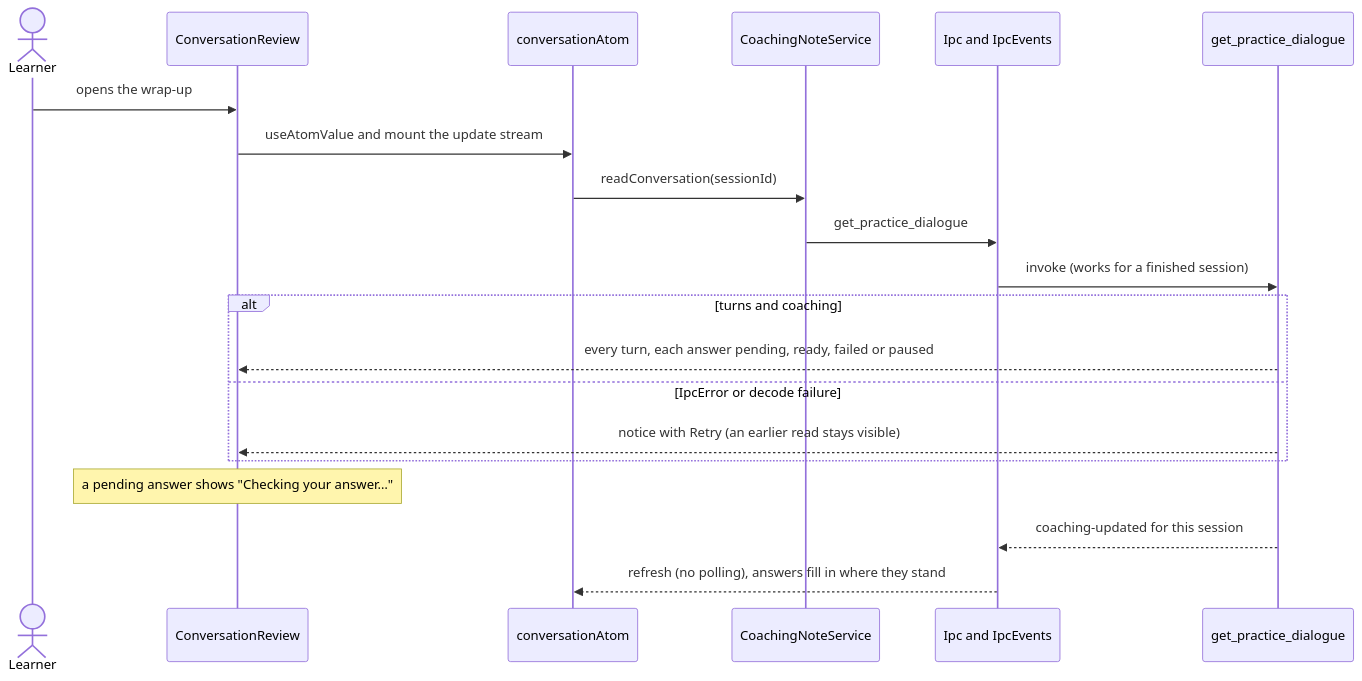
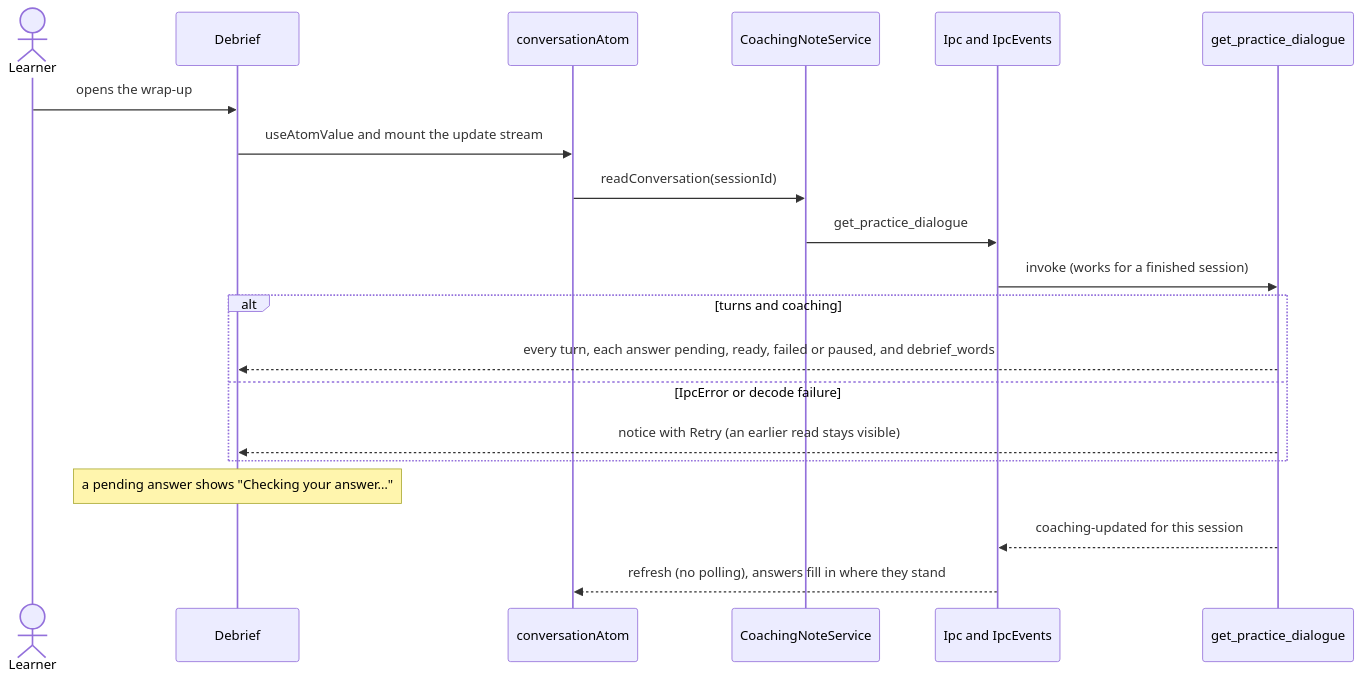
The second of 4 diagrams in src/features/coaching-note/flow.md (oleksii-latyshev/english-trainer), drawn with Mermaid before and after one commit. The commit also changed other lines of this file and 93 other files, not shown here.

First line of the commit message:
feat(coaching): step-by-step Debrief with better versions and words to take (#198)

````diff
--- a/src/features/coaching-note/flow.md
+++ b/src/features/coaching-note/flow.md
@@ -12,23 +47,23 @@
 ```mermaid
 sequenceDiagram
     actor Learner
-    participant View as ConversationReview
+    participant View as Debrief
     participant Atoms as conversationAtom
     participant Service as CoachingNoteService
     participant Ipc as Ipc and IpcEvents
     participant Rust as get_practice_dialogue
 
     Learner->>View: opens the wrap-up
     View->>Atoms: useAtomValue and mount the update stream
     Atoms->>Service: readConversation(sessionId)
     Service->>Ipc: get_practice_dialogue
     Ipc->>Rust: invoke (works for a finished session)
     alt turns and coaching
-        Rust-->>View: every turn, each answer pending, ready, failed or paused
+        Rust-->>View: every turn, each answer pending, ready, failed or paused, and debrief_words
     else IpcError or decode failure
         Rust-->>View: notice with Retry (an earlier read stays visible)
     end
     Note over View: a pending answer shows "Checking your answer…"
     Rust-->>Ipc: coaching-updated for this session
     Ipc-->>Atoms: refresh (no polling), answers fill in where they stand
 ```
````
